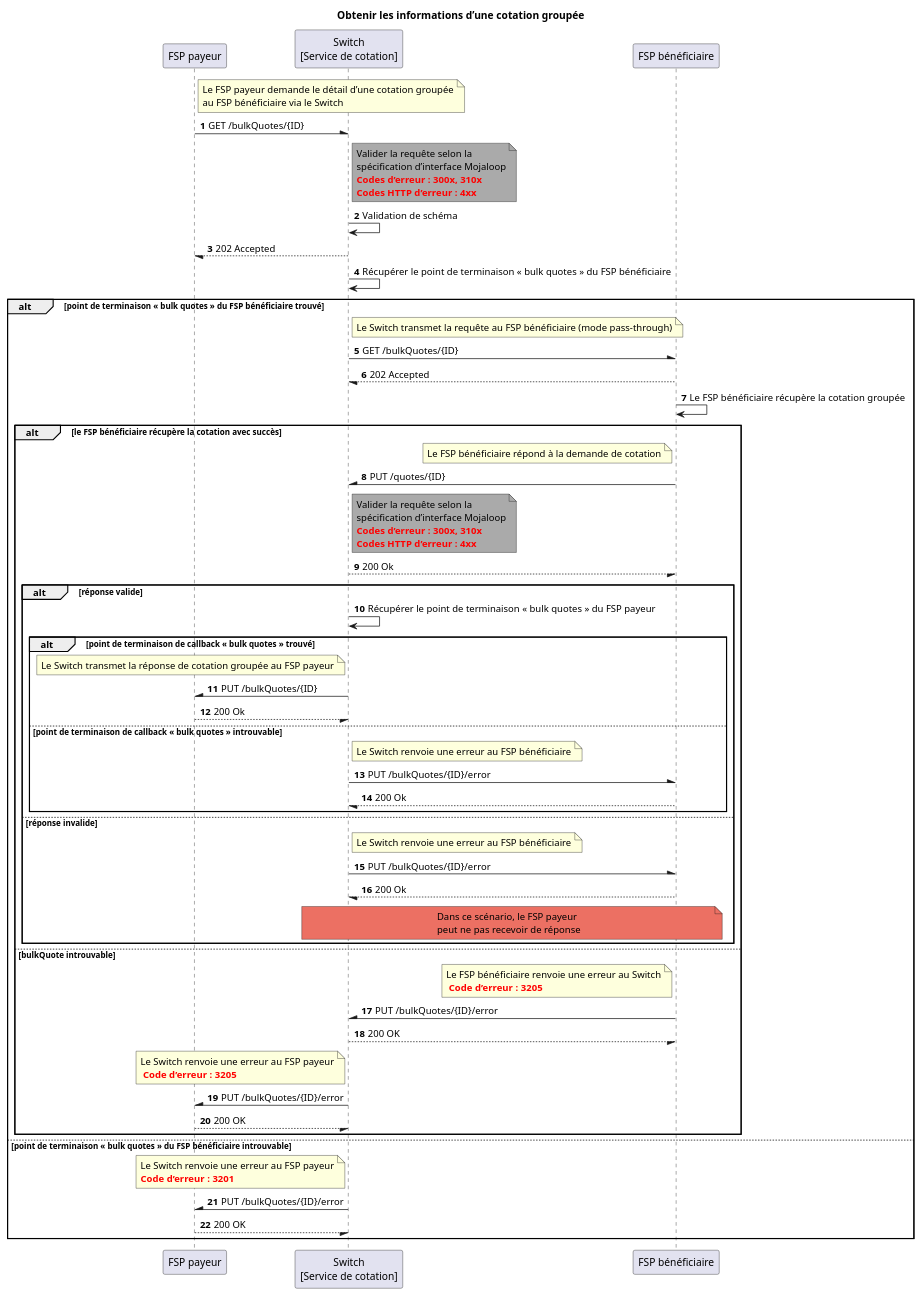
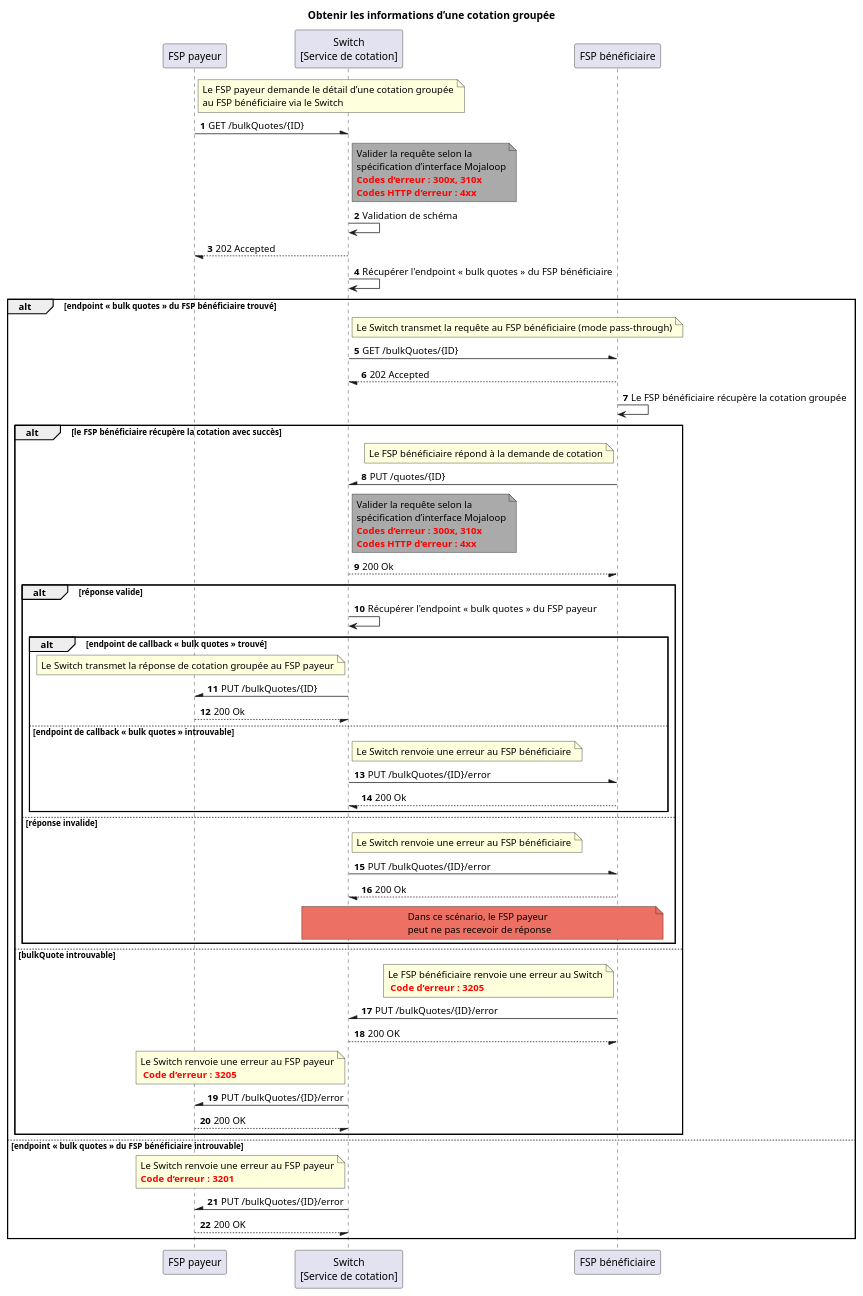
The diagram in docs/fr/technical/technical/quoting-service/assets/diagrams/sequence/seq-get-bulk-quotes-2.1.0.plantuml (mojaloop/documentation), drawn with PlantUML before and after one commit. The commit also changed 51 other files, not shown here.

```diff
--- a/docs/fr/technical/technical/quoting-service/assets/diagrams/sequence/seq-get-bulk-quotes-2.1.0.plantuml
+++ b/docs/fr/technical/technical/quoting-service/assets/diagrams/sequence/seq-get-bulk-quotes-2.1.0.plantuml
@@ -25,68 +25,68 @@
 @startuml
 Title Obtenir les informations d’une cotation groupée
 participant "FSP payeur" as PayerFSP
 participant "Switch\n[Service de cotation]" as Switch
 participant "FSP bénéficiaire" as PayeeFSP
 
 autonumber
 note right of PayerFSP: Le FSP payeur demande le détail d’une cotation groupée\nau FSP bénéficiaire via le Switch
 PayerFSP -\ Switch: GET /bulkQuotes/{ID}
 note right of Switch #aaa
     Valider la requête selon la
     spécification d’interface Mojaloop
     **<color #red>Codes d’erreur : 300x, 310x</color>**
     **<color #red>Codes HTTP d’erreur : 4xx</color>**
 end note
 Switch -> Switch: Validation de schéma
 PayerFSP \-- Switch: 202 Accepted
-Switch -> Switch: Récupérer le point de terminaison « bulk quotes » du FSP bénéficiaire
-alt point de terminaison « bulk quotes » du FSP bénéficiaire trouvé
+Switch -> Switch: Récupérer l'endpoint « bulk quotes » du FSP bénéficiaire
+alt endpoint « bulk quotes » du FSP bénéficiaire trouvé
     note right of Switch: Le Switch transmet la requête au FSP bénéficiaire (mode pass-through)
     Switch -\ PayeeFSP: GET /bulkQuotes/{ID}
     PayeeFSP --/ Switch: 202 Accepted
     PayeeFSP -> PayeeFSP: Le FSP bénéficiaire récupère la cotation groupée
     alt le FSP bénéficiaire récupère la cotation avec succès
         note left of PayeeFSP: Le FSP bénéficiaire répond à la demande de cotation
         PayeeFSP -\ Switch: PUT /quotes/{ID}
         note right of Switch #aaa
             Valider la requête selon la
             spécification d’interface Mojaloop
             **<color #red>Codes d’erreur : 300x, 310x</color>**
             **<color #red>Codes HTTP d’erreur : 4xx</color>**
         end note
         Switch --/ PayeeFSP: 200 Ok
         alt réponse valide
-            Switch -> Switch: Récupérer le point de terminaison « bulk quotes » du FSP payeur
-            alt point de terminaison de callback « bulk quotes » trouvé
+            Switch -> Switch: Récupérer l'endpoint « bulk quotes » du FSP payeur
+            alt endpoint de callback « bulk quotes » trouvé
                 note left of Switch: Le Switch transmet la réponse de cotation groupée au FSP payeur
                 Switch -\ PayerFSP: PUT /bulkQuotes/{ID}
                 PayerFSP --/ Switch: 200 Ok    
-            else point de terminaison de callback « bulk quotes » introuvable
+            else endpoint de callback « bulk quotes » introuvable
                 note right of Switch: Le Switch renvoie une erreur au FSP bénéficiaire
                 Switch -\ PayeeFSP: PUT /bulkQuotes/{ID}/error
                 PayeeFSP --/ Switch : 200 Ok
             end
         else réponse invalide
             note right of Switch: Le Switch renvoie une erreur au FSP bénéficiaire
             Switch -\ PayeeFSP: PUT /bulkQuotes/{ID}/error
             PayeeFSP --/ Switch : 200 Ok
             note over Switch, PayeeFSP #ec7063: Dans ce scénario, le FSP payeur\npeut ne pas recevoir de réponse
         end
 
     else bulkQuote introuvable
         note left of PayeeFSP: Le FSP bénéficiaire renvoie une erreur au Switch\n <color #red>**Code d’erreur : 3205**</color>
         PayeeFSP -\ Switch: PUT /bulkQuotes/{ID}/error
         Switch --/ PayeeFSP: 200 OK
         note left of Switch: Le Switch renvoie une erreur au FSP payeur\n <color #red>**Code d’erreur : 3205**</color>
         Switch -\ PayerFSP: PUT /bulkQuotes/{ID}/error
         PayerFSP --/ Switch: 200 OK
     end
-else point de terminaison « bulk quotes » du FSP bénéficiaire introuvable
+else endpoint « bulk quotes » du FSP bénéficiaire introuvable
     note left of Switch
         Le Switch renvoie une erreur au FSP payeur
         **<color #red>Code d’erreur : 3201</color>**
     end note
     PayerFSP /- Switch: PUT /bulkQuotes/{ID}/error
     PayerFSP --/ Switch: 200 OK
 end
 @enduml
```
